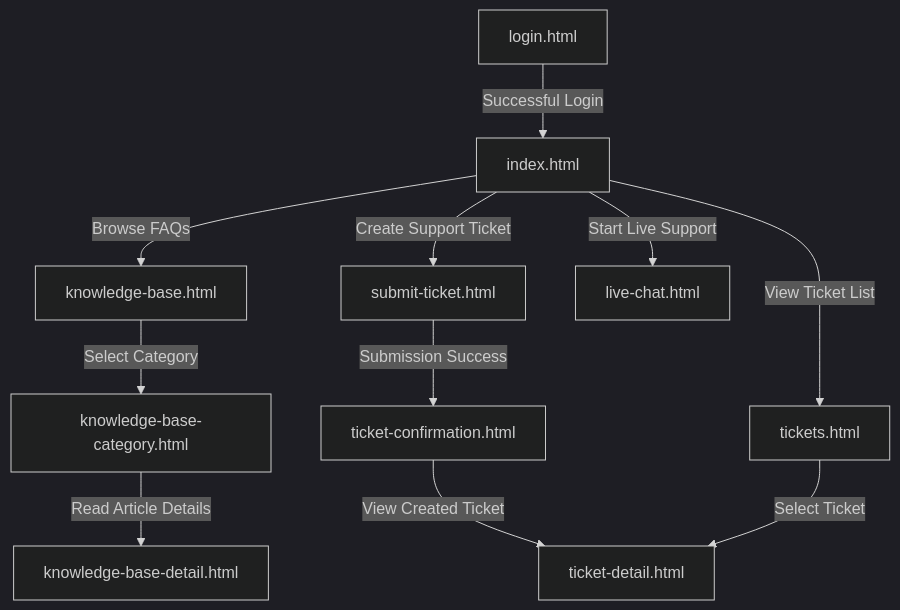
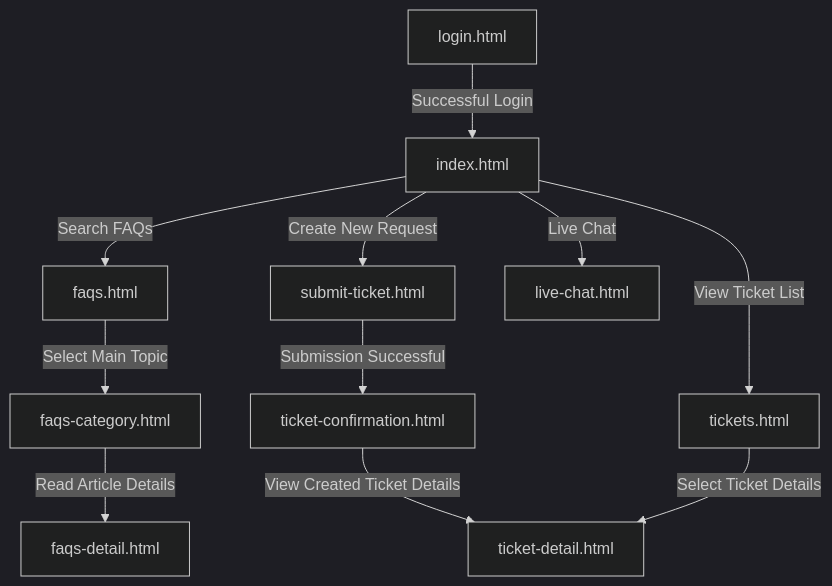
The diagram in readme.md (bichngocwork-ba/customer_view), drawn with Mermaid (dark theme) before and after one commit. The commit also changed other lines of this file and 10 other files, not shown here.

Commit message:
docs: translate readme to English, simplify database schema description, add upcoming features, and rename knowledge base pages to faqs

````diff
--- a/readme.md
+++ b/readme.md
@@ -19,17 +19,17 @@
 ```mermaid
 graph TD
     A[login.html] -->|Successful Login| B[index.html]
     
-    B -->|Browse FAQs| C[knowledge-base.html]
-    C -->|Select Category| D[knowledge-base-category.html]
-    D -->|Read Article Details| E[knowledge-base-detail.html]
+    B -->|Search FAQs| C[faqs.html]
+    C -->|Select Main Topic| D[faqs-category.html]
+    D -->|Read Article Details| E[faqs-detail.html]
     
-    B -->|Create Support Ticket| F[submit-ticket.html]
-    F -->|Submission Success| G[ticket-confirmation.html]
-    G -->|View Created Ticket| H[ticket-detail.html]
+    B -->|Create New Request| F[submit-ticket.html]
+    F -->|Submission Successful| G[ticket-confirmation.html]
+    G -->|View Created Ticket Details| H[ticket-detail.html]
     
     B -->|View Ticket List| I[tickets.html]
-    I -->|Select Ticket| H
+    I -->|Select Ticket Details| H
     
-    B -->|Start Live Support| J[live-chat.html]
+    B -->|Live Chat| J[live-chat.html]
 ```
````
